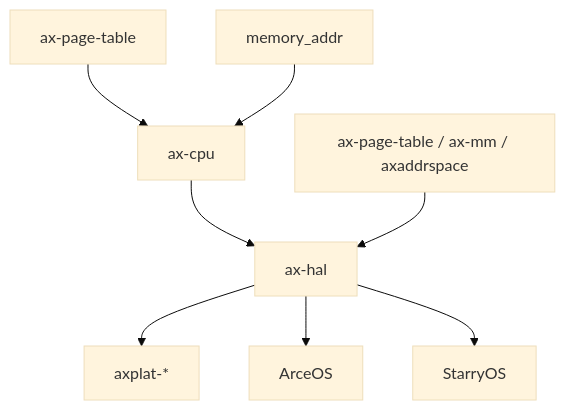
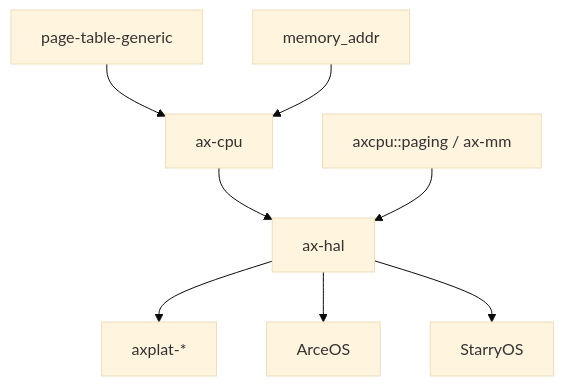
Before and after one commit to rcore-os/tgoskits: the diagram in docs/docs/components/crates/ax-cpu.md, drawn with Mermaid (base theme). The commit also changed other lines of this file and 141 other files, not shown here.

Commit message:
refactor(axcpu): split ax-page-table into axcpu::paging and page-table-generic

````diff
--- a/docs/docs/components/crates/ax-cpu.md
+++ b/docs/docs/components/crates/ax-cpu.md
@@ -187,10 +189,10 @@
 ```mermaid
 graph TD
-    A[ax-page-table] --> B[ax-cpu]
+    A[page-table-generic] --> B[ax-cpu]
     C[memory_addr] --> B
     B --> D[ax-hal]
     D --> E[axplat-*]
     D --> F[ArceOS]
     D --> G[StarryOS]
-    H[ax-page-table / ax-mm / axaddrspace] --> D
+    H[axcpu::paging / ax-mm] --> D
 ```
````
